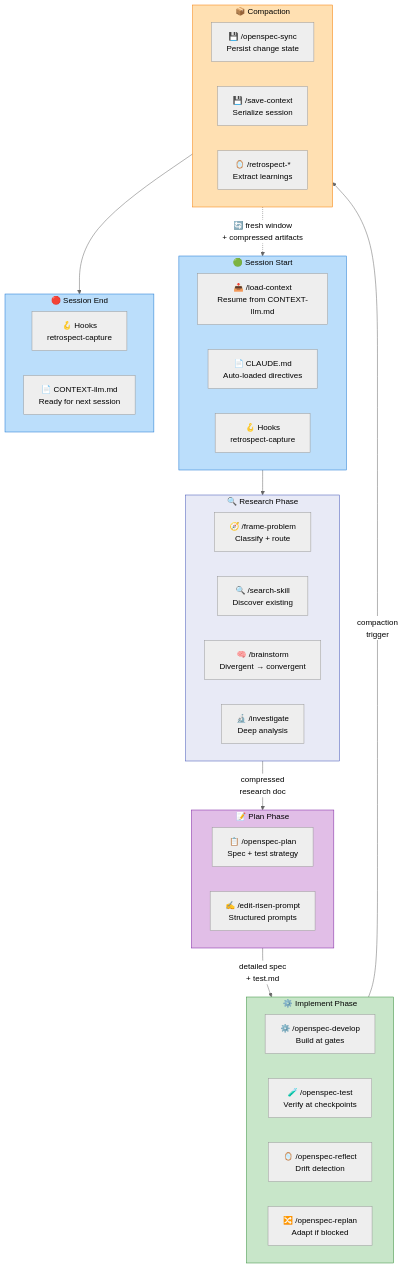
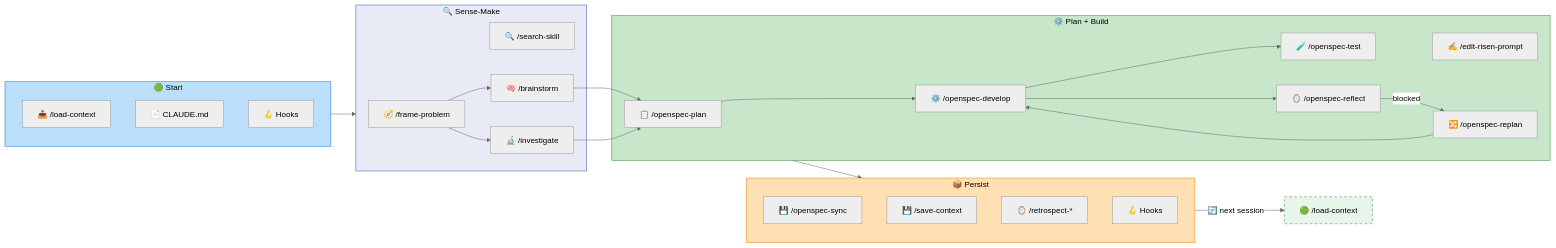
Before and after one commit to digital-stoic-org/agent-skills: the eighth of 9 diagrams in README-full.md, drawn with Mermaid (neutral theme). The commit also changed other lines of this file, not shown here.

Commit message:
docs(agent-skills): Update context engineering intro with Lyon.rb talk reference
What:
• Updated README-full.md with accessible intro to context engineering talk (Mehdi Mehlah, Lyon.rb)
• Links to visual walkthrough of micro-agents, context window mechanics, and DAG patterns

Why:
Promoting accessible resources for learning context engineering principles.

````diff
--- a/README-full.md
+++ b/README-full.md
@@ -252,65 +287,50 @@
 ```mermaid
-flowchart TD
-    subgraph SESSION_START["🟢 Session Start"]
-        direction LR
-        load["📥 /load-context<br/>Resume from CONTEXT-llm.md"]
-        claude["📄 CLAUDE.md<br/>Auto-loaded directives"]
-        hooks_start["🪝 Hooks<br/>retrospect-capture"]
+flowchart LR
+    subgraph START["🟢 Start"]
+        load["📥 /load-context"]
+        claude["📄 CLAUDE.md"]
+        hooks_start["🪝 Hooks"]
     end
 
-    subgraph RESEARCH["🔍 Research Phase"]
-        direction LR
-        frame["🧭 /frame-problem<br/>Classify + route"]
-        search["🔍 /search-skill<br/>Discover existing"]
-        brainstorm["🧠 /brainstorm<br/>Divergent → convergent"]
-        investigate["🔬 /investigate<br/>Deep analysis"]
+    subgraph SENSE["🔍 Sense-Make"]
+        frame["🧭 /frame-problem"]
+        search["🔍 /search-skill"]
+        frame --> brainstorm["🧠 /brainstorm"]
+        frame --> investigate["🔬 /investigate"]
     end
 
-    subgraph PLAN["📝 Plan Phase"]
-        direction LR
-        openspec_plan["📋 /openspec-plan<br/>Spec + test strategy"]
-        risen["✍️ /edit-risen-prompt<br/>Structured prompts"]
+    subgraph BUILD["⚙️ Plan + Build"]
+        plan["📋 /openspec-plan"]
+        risen["✍️ /edit-risen-prompt"]
+        plan --> dev["⚙️ /openspec-develop"]
+        dev --> test["🧪 /openspec-test"]
+        dev --> reflect["🪞 /openspec-reflect"]
+        reflect -->|"blocked"| replan["🔀 /openspec-replan"]
+        replan --> dev
     end
 
-    subgraph IMPLEMENT["⚙️ Implement Phase"]
-        direction LR
-        dev["⚙️ /openspec-develop<br/>Build at gates"]
-        test["🧪 /openspec-test<br/>Verify at checkpoints"]
-        reflect["🪞 /openspec-reflect<br/>Drift detection"]
-        replan["🔀 /openspec-replan<br/>Adapt if blocked"]
+    subgraph PERSIST["📦 Persist"]
+        sync["💾 /openspec-sync"]
+        save["💾 /save-context"]
+        retro["🪞 /retrospect-*"]
+        hooks_stop["🪝 Hooks"]
     end
 
-    subgraph COMPACT["📦 Compaction"]
-        direction LR
-        sync["💾 /openspec-sync<br/>Persist change state"]
-        save["💾 /save-context<br/>Serialize session"]
-        retro["🪞 /retrospect-*<br/>Extract learnings"]
-    end
+    START --> SENSE
+    brainstorm --> plan
+    investigate --> plan
+    BUILD --> PERSIST
+    PERSIST -->|"🔄 next session"| NEXT["🟢 /load-context"]
 
-    subgraph SESSION_END["🔴 Session End"]
-        direction LR
-        hooks_stop["🪝 Hooks<br/>retrospect-capture"]
-        context_out["📄 CONTEXT-llm.md<br/>Ready for next session"]
-    end
+    classDef start fill:#BBDEFB,stroke:#1976D2,color:#000
+    classDef sense fill:#E8EAF6,stroke:#3F51B5,color:#000
+    classDef build fill:#C8E6C9,stroke:#388E3C,color:#000
+    classDef persist fill:#FFE0B2,stroke:#F57C00,color:#000
+    classDef loop fill:#E8F5E9,stroke:#2E7D32,color:#000,stroke-dasharray:5
 
-    SESSION_START --> RESEARCH
-    RESEARCH -->|"compressed<br/>research doc"| PLAN
-    PLAN -->|"detailed spec<br/>+ test.md"| IMPLEMENT
-    IMPLEMENT -->|"compaction<br/>trigger"| COMPACT
-    COMPACT --> SESSION_END
-
-    COMPACT -.->|"🔄 fresh window<br/>+ compressed artifacts"| SESSION_START
-
-    classDef startEnd fill:#E8F5E9,stroke:#2E7D32,color:#000
-    classDef research fill:#E8EAF6,stroke:#3F51B5,color:#000
-    classDef plan fill:#E1BEE7,stroke:#7B1FA2,color:#000
-    classDef implement fill:#C8E6C9,stroke:#388E3C,color:#000
-    classDef compact fill:#FFE0B2,stroke:#F57C00,color:#000
-    classDef session fill:#BBDEFB,stroke:#1976D2,color:#000
-
-    class SESSION_START,SESSION_END session
-    class RESEARCH research
-    class PLAN plan
-    class IMPLEMENT implement
-    class COMPACT compact
+    class START start
+    class SENSE sense
+    class BUILD build
+    class PERSIST persist
+    class NEXT loop
 ```
````
